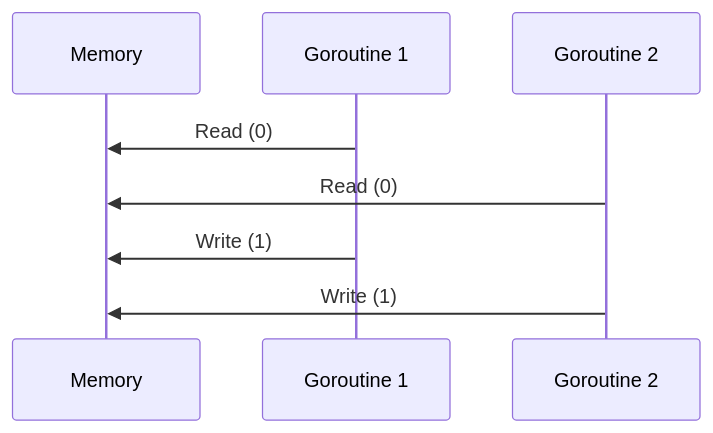
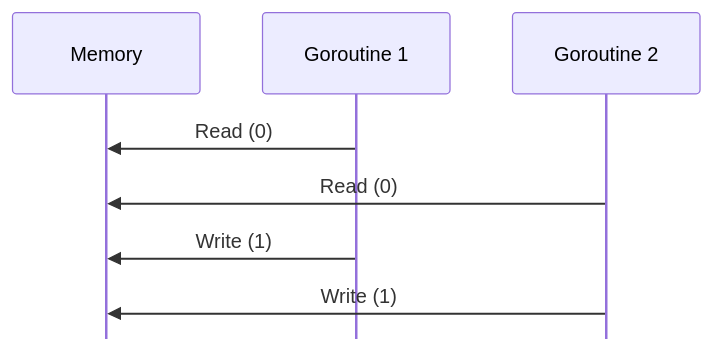
Before and after one commit to bezmoradi/tutorials: the diagram in go/17-concurrency.md, drawn with Mermaid. The commit also changed other lines of this file, not shown here.

````diff
--- a/go/17-concurrency.md
+++ b/go/17-concurrency.md
@@ -1043,11 +1041,12 @@
 ```mermaid
+%%{init: {'sequence': {'mirrorActors': false}}}%%
 sequenceDiagram
     participant M as Memory
     participant G1 as Goroutine 1
     participant G2 as Goroutine 2
 
     G1->>M: Read (0)
     G2->>M: Read (0)
     G1->>M: Write (1)
     G2->>M: Write (1)
 ```
````
